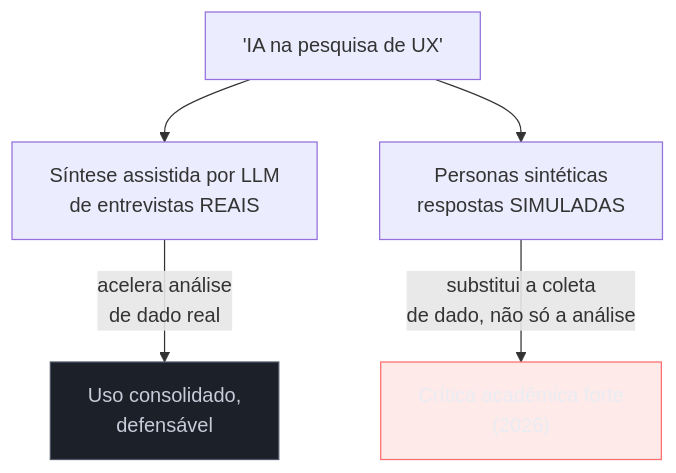
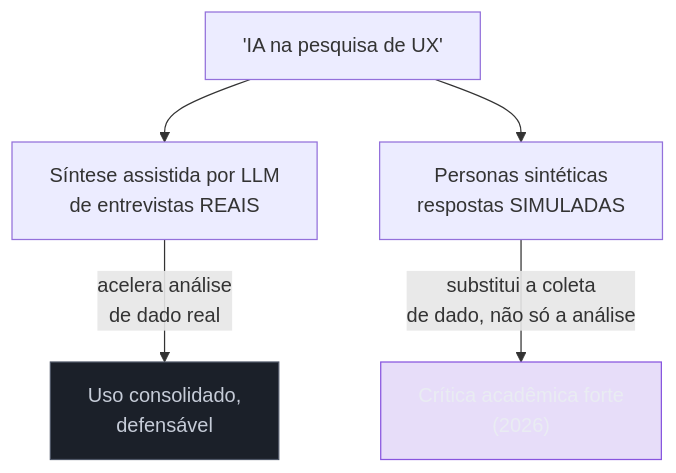
The diagram in 03-Dominios/Engenharia/UX/Descoberta e Pesquisa/14 - Personas sintéticas e síntese por IA.md (josenaldo/codex-technomanticus), drawn with Mermaid before and after one commit. The commit also changed 601 other files, not shown here.

````diff
--- a/03-Dominios/Engenharia/UX/Descoberta e Pesquisa/14 - Personas sintéticas e síntese por IA.md
+++ b/03-Dominios/Engenharia/UX/Descoberta e Pesquisa/14 - Personas sintéticas e síntese por IA.md
@@ -25,12 +25,12 @@
 ```mermaid
 graph TD
+    classDef marca fill:#8855DF33,stroke:#8855DF,color:#E9ECF2
     classDef neutro fill:#1B2029,stroke:#4E5666,color:#C6CCD8
-    classDef falha fill:#FF6B6B24,stroke:#FF6B6B,color:#E9ECF2
     IA["'IA na pesquisa de UX'"]
     IA --> S["Síntese assistida por LLM<br/>de entrevistas REAIS"]
     IA --> P["Personas sintéticas<br/>respostas SIMULADAS"]
     S -->|"acelera análise<br/>de dado real"| OK["Uso consolidado,<br/>defensável"]
     P -->|"substitui a coleta<br/>de dado, não só a análise"| RISK["Crítica acadêmica forte<br/>(2026)"]
     class OK neutro
-    class RISK falha
+    class RISK marca
 ```
````
